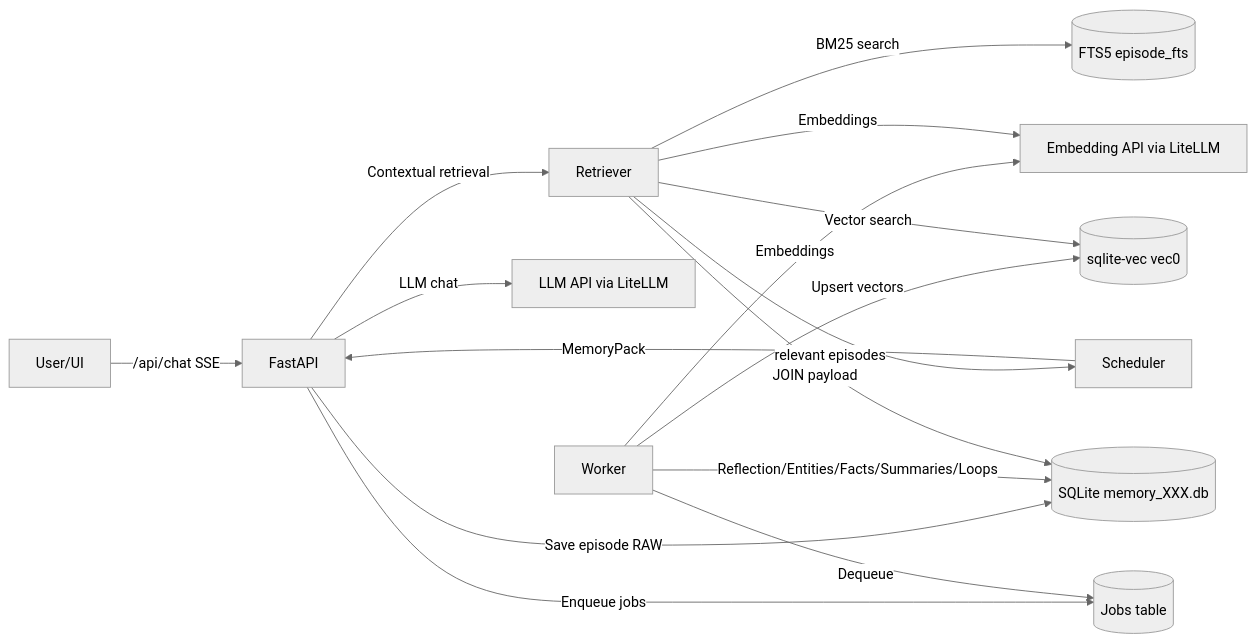
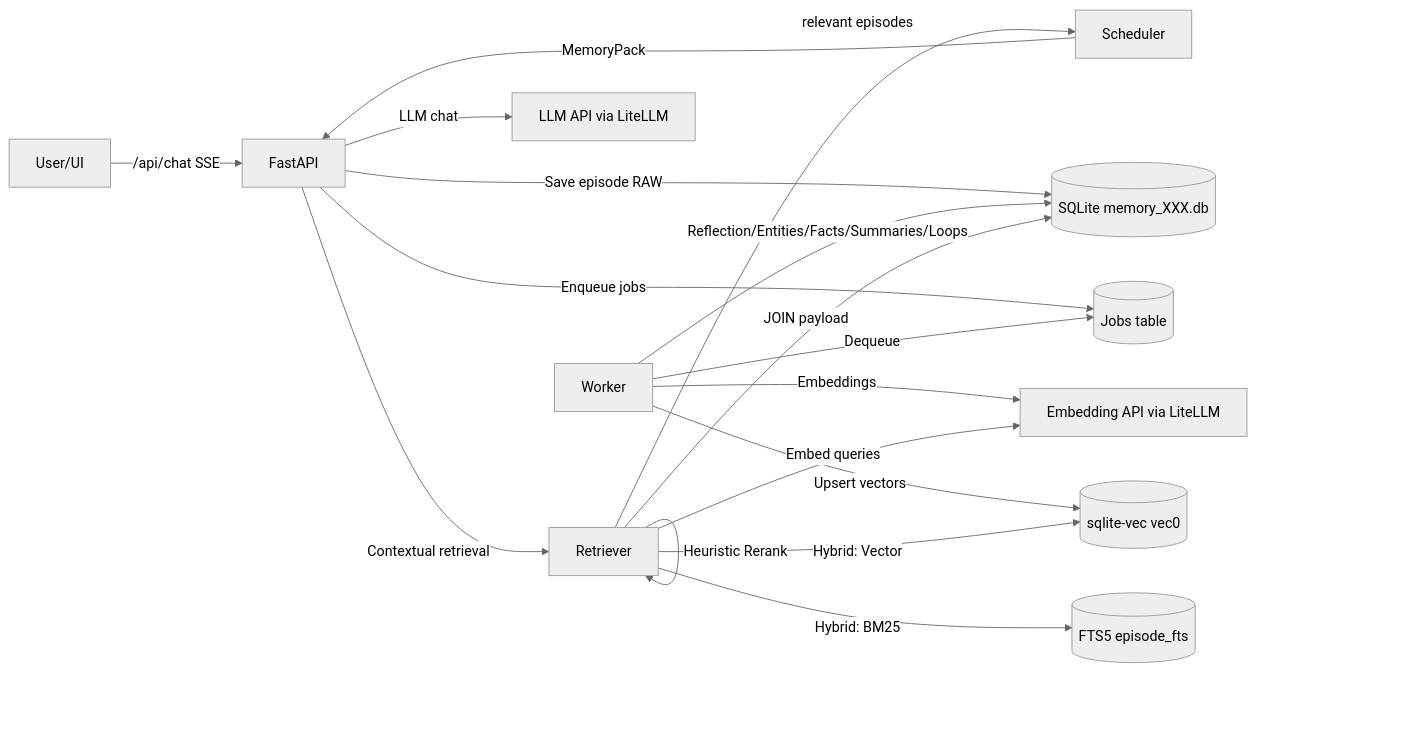
Before and after one commit to hirona98/cocoro_ghost: the first of 5 diagrams in docs/architecture.md, drawn with Mermaid (neutral theme). The commit also changed other lines of this file and 7 other files, not shown here.

````diff
--- a/docs/architecture.md
+++ b/docs/architecture.md
@@ -29,18 +30,19 @@
 ```mermaid
 flowchart LR
   U[User/UI] -->|/api/chat SSE| API[FastAPI]
   API -->|Contextual retrieval| RET[Retriever]
   RET -->|relevant episodes| SCH[Scheduler]
   SCH -->|MemoryPack| API
   API -->|LLM chat| LLM[LLM API via LiteLLM]
   API -->|Save episode RAW| DB[(SQLite memory_XXX.db)]
   API -->|Enqueue jobs| Q[(Jobs table)]
   W[Worker] -->|Dequeue| Q
   W -->|Reflection/Entities/Facts/Summaries/Loops| DB
   W -->|Embeddings| EMB[Embedding API via LiteLLM]
   W -->|Upsert vectors| VEC[(sqlite-vec vec0)]
-  RET -->|Embeddings| EMB
-  RET -->|Vector search| VEC
-  RET -->|BM25 search| FTS[(FTS5 episode_fts)]
+  RET -->|Embed queries| EMB
+  RET -->|Hybrid: Vector| VEC
+  RET -->|Hybrid: BM25| FTS[(FTS5 episode_fts)]
   RET -->|JOIN payload| DB
+  RET -->|Heuristic Rerank| RET
 ```
````
